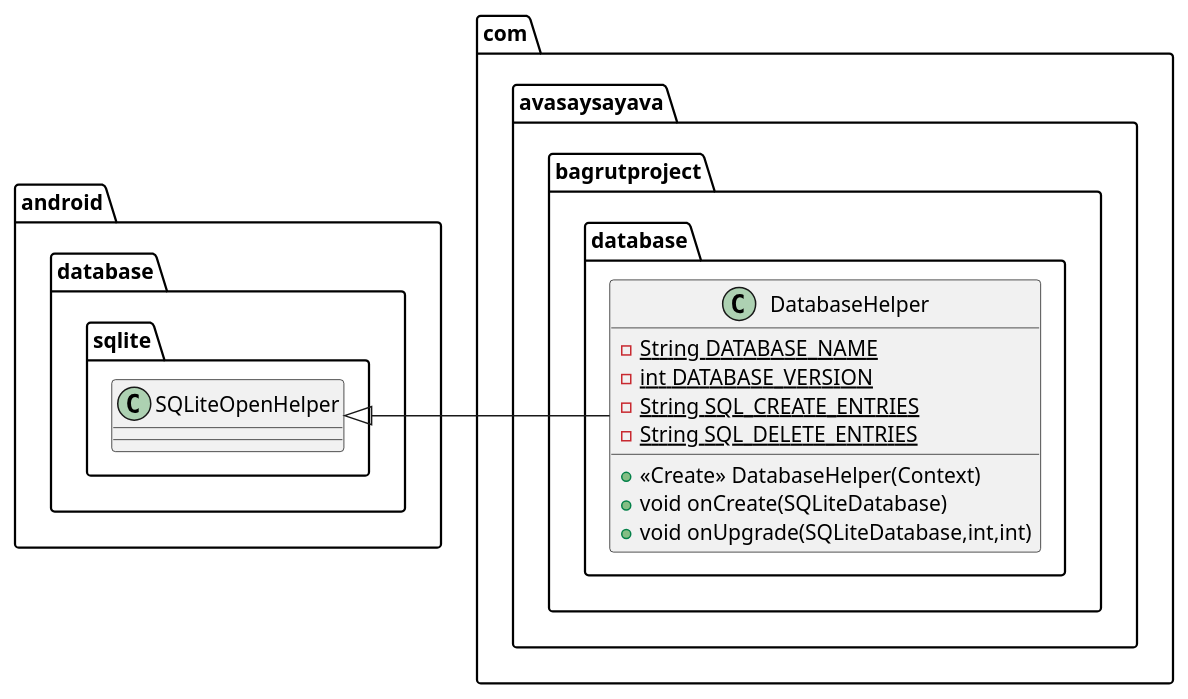
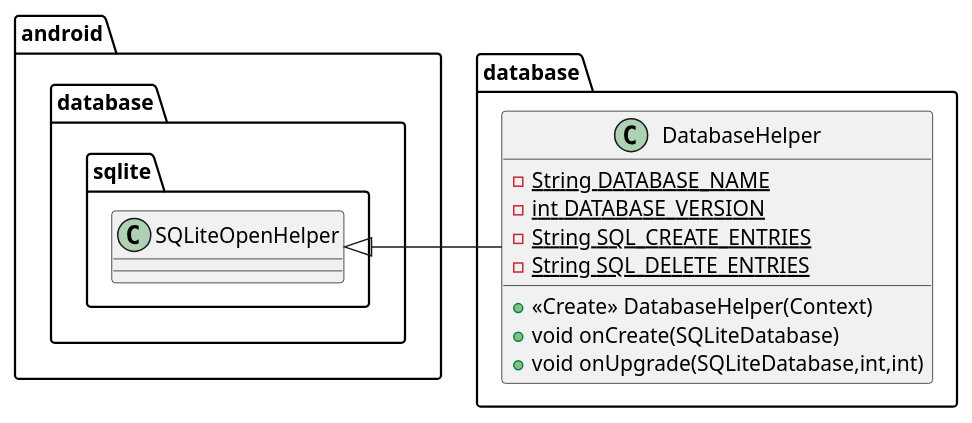
The diagram in ProjectApp/app/src/main/java/com/avasaysayava/bagrutproject/database/DatabaseHelper.puml (Avasay-Sayava/BagrutProject), drawn with PlantUML before and after one commit. The commit also changed 41 other files, not shown here.

```diff
--- a/ProjectApp/app/src/main/java/com/avasaysayava/bagrutproject/database/DatabaseHelper.puml
+++ b/ProjectApp/app/src/main/java/com/avasaysayava/bagrutproject/database/DatabaseHelper.puml
@@ -1,16 +1,16 @@
 @startuml
-class com.avasaysayava.bagrutproject.database.DatabaseHelper {
+class database.DatabaseHelper {
 - {static} String DATABASE_NAME
 - {static} int DATABASE_VERSION
 - {static} String SQL_CREATE_ENTRIES
 - {static} String SQL_DELETE_ENTRIES
 + <<Create>> DatabaseHelper(Context)
 + void onCreate(SQLiteDatabase)
 + void onUpgrade(SQLiteDatabase,int,int)
 }
 
 
 
 
-android.database.sqlite.SQLiteOpenHelper <|- com.avasaysayava.bagrutproject.database.DatabaseHelper
+android.database.sqlite.SQLiteOpenHelper <|- database.DatabaseHelper
 @enduml
```
